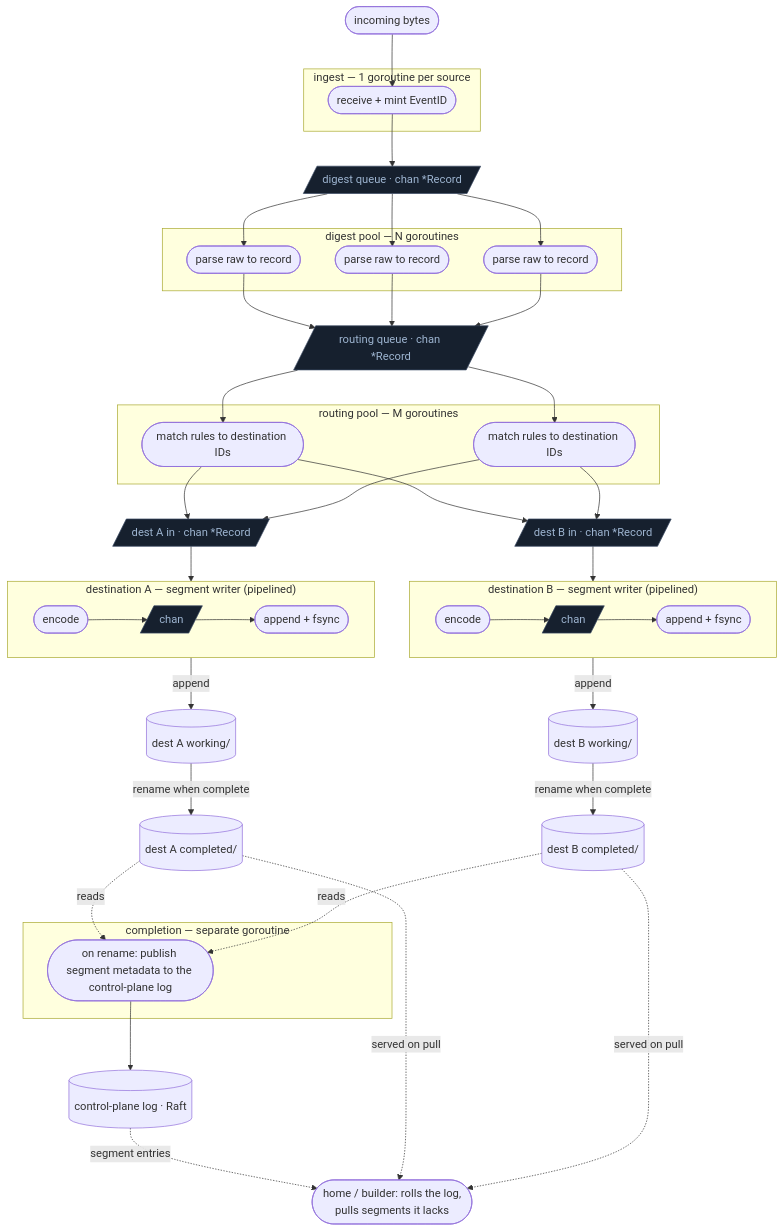
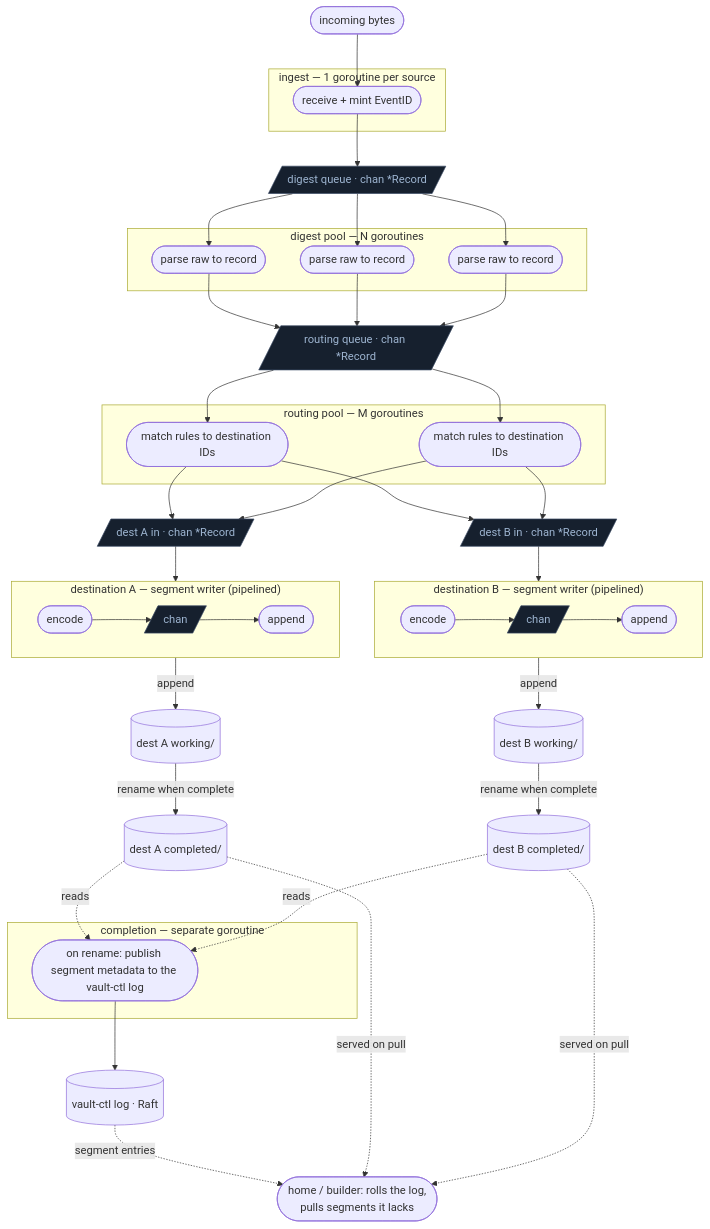
Before and after one commit to kluzzebass/gastrolog: the diagram in docs/fan-out/v3/design-notes.md, drawn with Mermaid. The commit also changed other lines of this file, not shown here.

First line of the commit message:
Restructure V3 design notes; add segment purge/GC (epic gastrolog-3nrt0).

````diff
--- a/docs/fan-out/v3/design-notes.md
+++ b/docs/fan-out/v3/design-notes.md
@@ -30,68 +164,68 @@
 ```mermaid
 flowchart TB
   src(["incoming bytes"])
 
   subgraph ingest["ingest — 1 goroutine per source"]
     IG(["receive + mint EventID"])
   end
   src --> IG
 
   IG --> dch[/"digest queue · chan *Record"/]
 
   subgraph digest["digest pool — N goroutines"]
     D1(["parse raw to record"])
     D2(["parse raw to record"])
     Dn(["parse raw to record"])
   end
   dch --> D1
   dch --> D2
   dch --> Dn
 
   D1 --> rch[/"routing queue · chan *Record"/]
   D2 --> rch
   Dn --> rch
 
   subgraph route["routing pool — M goroutines"]
     R1(["match rules to destination IDs"])
     R2(["match rules to destination IDs"])
   end
   rch --> R1
   rch --> R2
 
   R1 --> ainq[/"dest A in · chan *Record"/]
   R2 --> ainq
   R1 --> binq[/"dest B in · chan *Record"/]
   R2 --> binq
 
   subgraph destA["destination A — segment writer (pipelined)"]
     direction LR
-    A1(["encode"]) --> a1[/"chan"/] --> A2(["append + fsync"])
+    A1(["encode"]) --> a1[/"chan"/] --> A2(["append"])
   end
   ainq --> A1
 
   subgraph destB["destination B — segment writer (pipelined)"]
     direction LR
-    B1(["encode"]) --> b1[/"chan"/] --> B2(["append + fsync"])
+    B1(["encode"]) --> b1[/"chan"/] --> B2(["append"])
   end
   binq --> B1
 
   A2 -- "append" --> Awork[("dest A working/")]
   B2 -- "append" --> Bwork[("dest B working/")]
   Awork -- "rename when complete" --> Adone[("dest A completed/")]
   Bwork -- "rename when complete" --> Bdone[("dest B completed/")]
 
   subgraph publish["completion — separate goroutine"]
-    PUB(["on rename: publish segment metadata to the control-plane log"])
+    PUB(["on rename: publish segment metadata to the vault-ctl log"])
   end
   Adone -. "reads" .-> PUB
   Bdone -. "reads" .-> PUB
-  PUB --> LOG[("control-plane log · Raft")]
+  PUB --> LOG[("vault-ctl log · Raft")]
 
   CONS(["home / builder: rolls the log,\npulls segments it lacks"])
   LOG -. "segment entries" .-> CONS
   Adone -. "served on pull" .-> CONS
   Bdone -. "served on pull" .-> CONS
 
   classDef chan fill:#16202e,stroke:#3a4a63,color:#9db4d0;
   class dch,rch,ainq,binq,a1,b1 chan;
 ```
````
